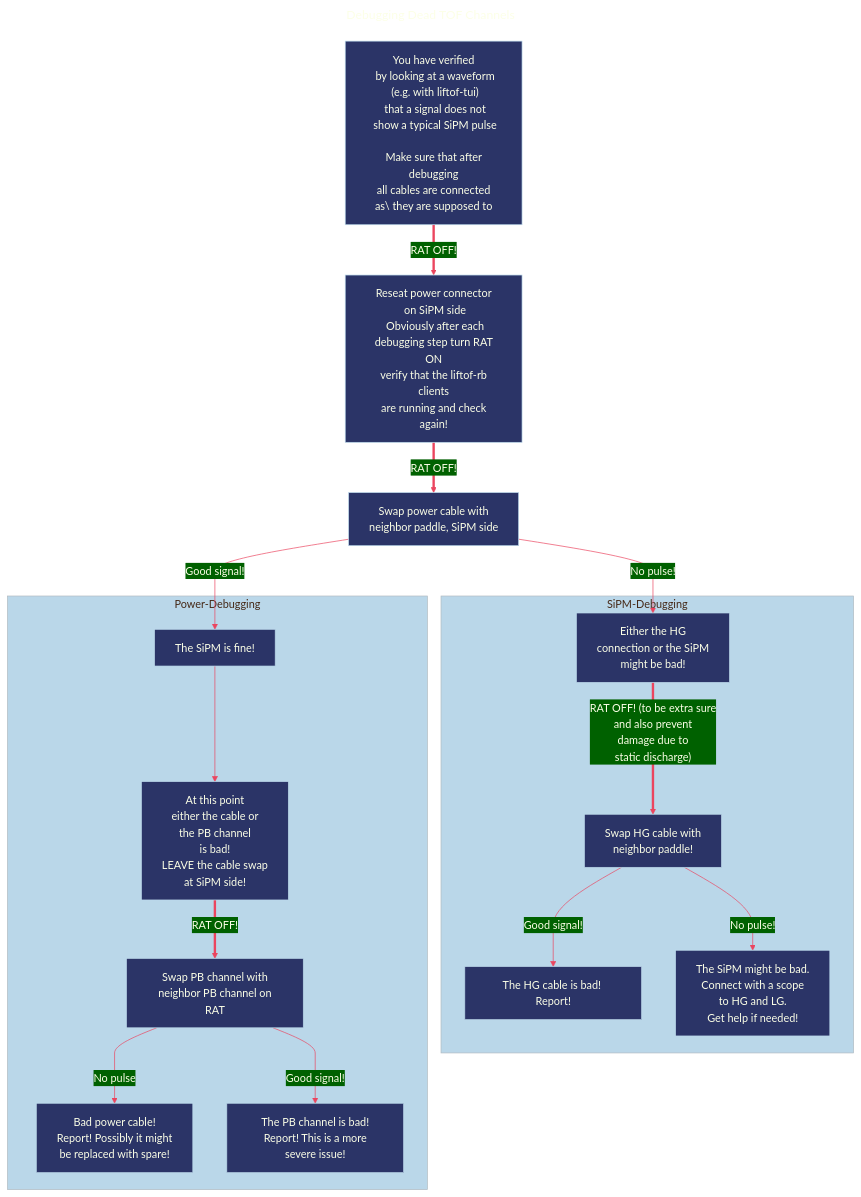
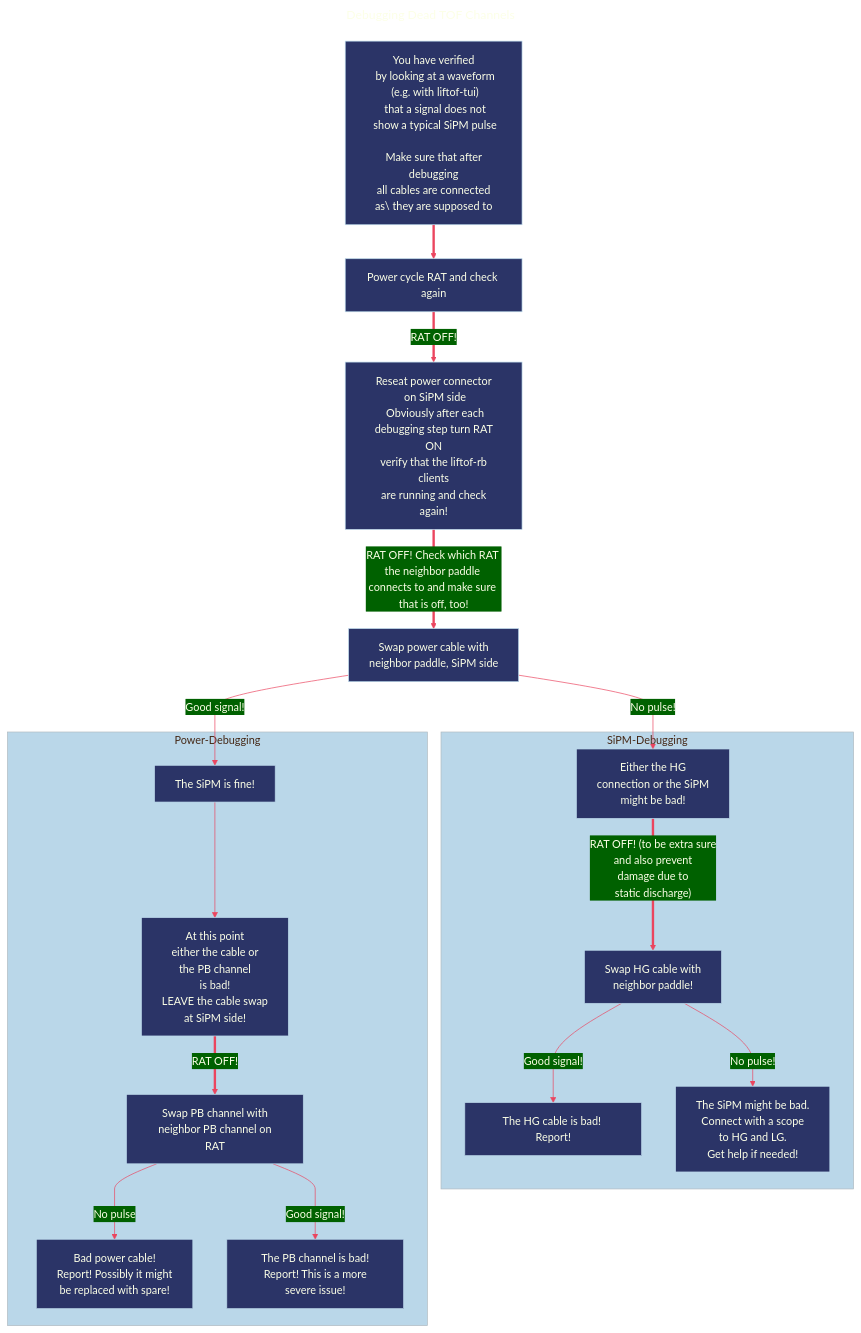
Before and after one commit to GAPS-Collab/gaps-online-software: the diagram in doc/tof/debug-dead-channels.mmd, drawn with Mermaid. The commit also changed 15 other files, not shown here.

```diff
--- a/doc/tof/debug-dead-channels.mmd
+++ b/doc/tof/debug-dead-channels.mmd
@@ -1,33 +1,34 @@
 ---
 title: Debugging Dead TOF Channels
 ---
 %%{
   init: {
     'flowchart': { 'curve': 'monotoneY' },
     'theme': 'base',
     'themeVariables': {
       'primaryColor': '#2B3467',
       'primaryTextColor': '#FCFFE7',
       'primaryBorderColor': '#BAD7E9',
       'lineColor': '#EB455F',
       'secondaryColor': '#006100',
       'tertiaryColor': '#BAD7E9'
     }
   }
 }%%
 flowchart TB
-  START["You have verified\n by looking at a waveform\n (e.g. with liftof-tui)\n that a signal does not\n show a typical SiPM pulse\n\n Make sure that after debugging\n all cables are connected as\ they are supposed to"]== "RAT OFF!" ==>DBG1["Reseat power connector\n on SiPM side\n Obviously after each\n debugging step turn RAT ON\n verify that the liftof-rb clients\n are running and check again!"]
-  DBG1== "RAT OFF!" ==> DBG2["Swap power cable with\n neighbor paddle, SiPM side"]
+  START["You have verified\n by looking at a waveform\n (e.g. with liftof-tui)\n that a signal does not\n show a typical SiPM pulse\n\n Make sure that after debugging\n all cables are connected as\ they are supposed to"]==>DBG0["Power cycle RAT and check again"]
+  DBG0== "RAT OFF!" ==>DBG1["Reseat power connector\n on SiPM side\n Obviously after each\n debugging step turn RAT ON\n verify that the liftof-rb clients\n are running and check again!"]
+  DBG1== "RAT OFF! Check which RAT the neighbor paddle connects to and make sure that is off, too!" ==> DBG2["Swap power cable with\n neighbor paddle, SiPM side"]
   DBG2-- "Good signal!"--> GOOD0["The SiPM is fine!"]
   DBG2-- "No pulse!"--> BAD0["Either the HG\n connection or the SiPM\n might be bad!"]
   subgraph SiPM-Debugging
   BAD0=="RAT OFF! (to be extra sure\n and also prevent\n damage due to\n static discharge)"==> SDBG1["Swap HG cable with\n neighbor paddle!"] 
   SDBG1--"Good signal!"-->SDBG2["The HG cable is bad! Report!"]
   SDBG1--"No pulse!"-->SDBG3["The SiPM might be bad.\n Connect with a scope\n to HG and LG.\n Get help if needed!"]
   end
   subgraph Power-Debugging  
   GOOD0-->NOTE0["At this point\n either the cable or\n the PB channel\n is bad!\n LEAVE the cable swap\n at SiPM side!"]
   NOTE0=="RAT OFF!"==> PDBG1["Swap PB channel with\n neighbor PB channel on RAT"]
   PDBG1--"No pulse"--> PDBG2["Bad power cable!\n Report! Possibly it might\n be replaced with spare!"]
   PDBG1--"Good signal!" --> PDBG3["The PB channel is bad!\n Report! This is a more severe issue!"]
   end 
```
